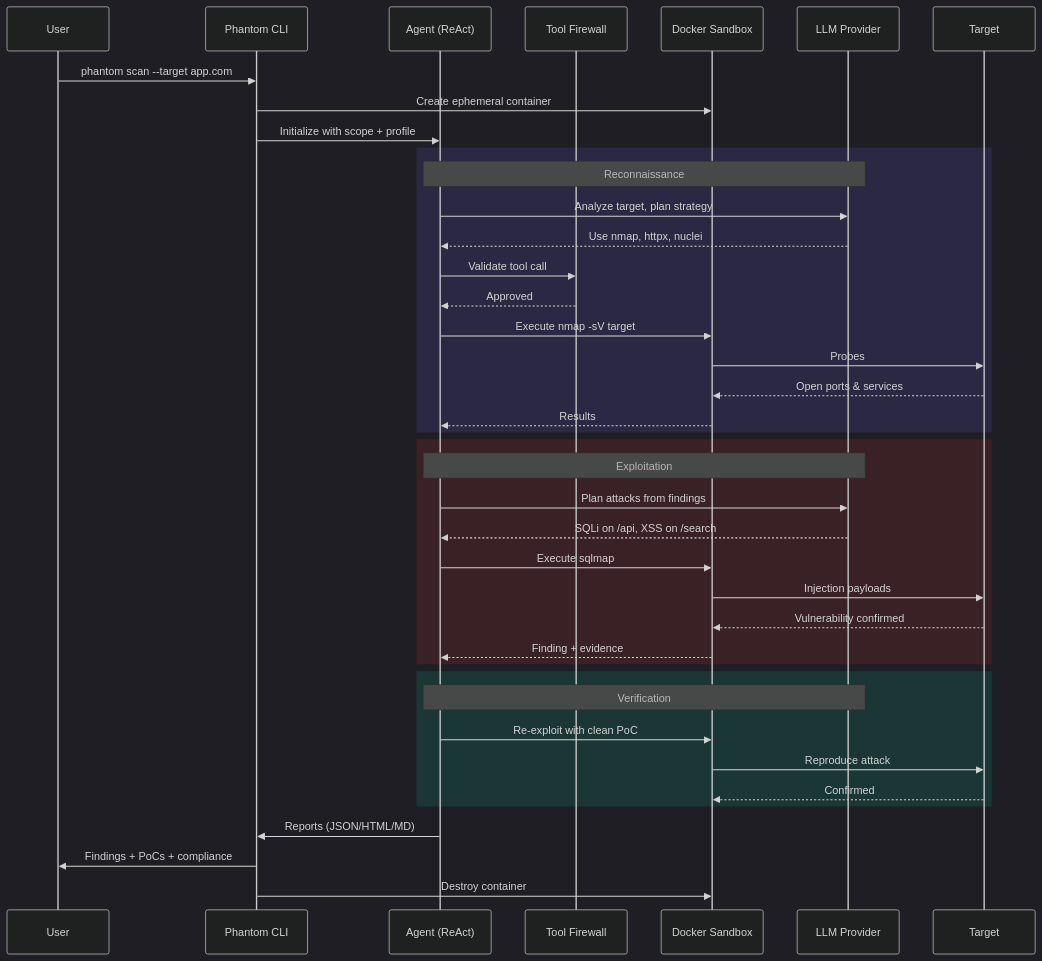
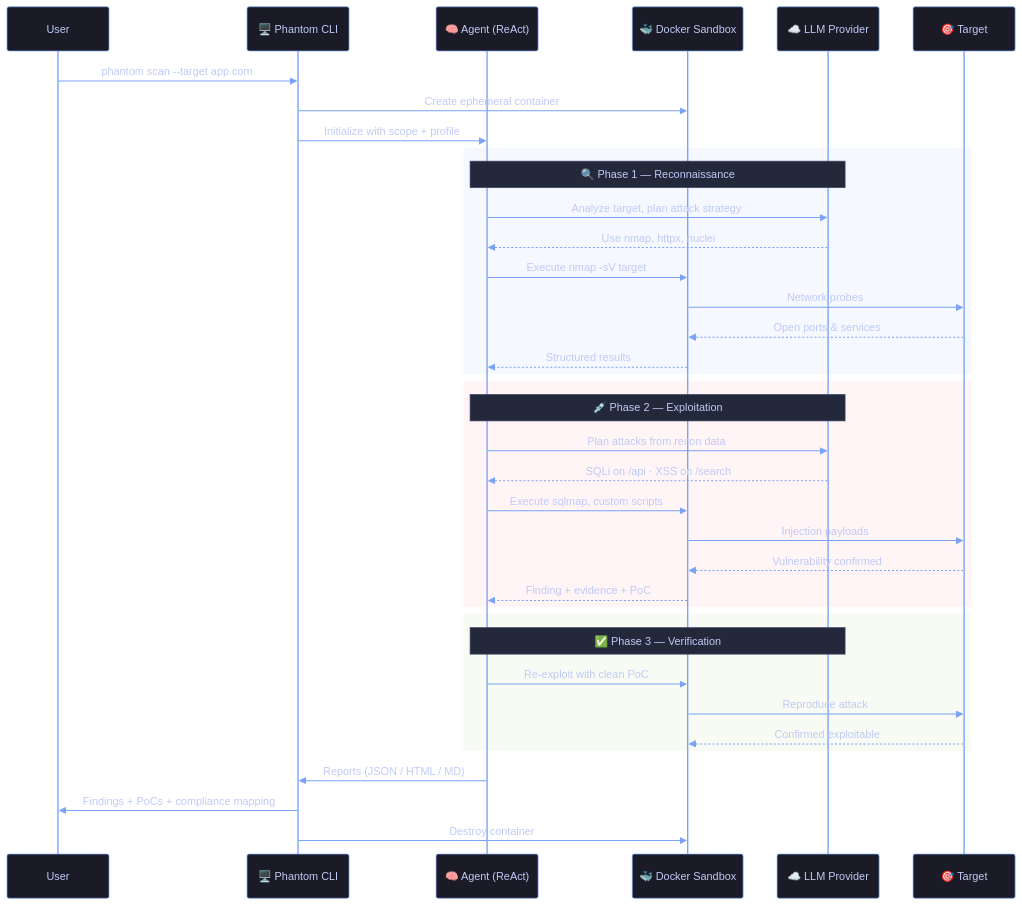
One commit to Usta0x001/Phantom changed the second of 4 diagrams in README.md. Above: the diagram before and after it, drawn with Mermaid. The commit also changed other lines of this file and 3 other files, not shown here.

````diff
--- a/README.md
+++ b/README.md
@@ -133,48 +176,45 @@
 ```mermaid
-%%{init: {'theme': 'dark'}}%%
+%%{init: {'theme': 'base', 'themeVariables': {'primaryColor': '#1a1b27', 'primaryTextColor': '#c0caf5', 'primaryBorderColor': '#414868', 'lineColor': '#7aa2f7', 'secondaryColor': '#24283b', 'tertiaryColor': '#1a1b27', 'fontSize': '13px', 'actorTextColor': '#c0caf5', 'actorBkg': '#1a1b27', 'actorBorder': '#7aa2f7', 'signalColor': '#7aa2f7', 'noteBkgColor': '#24283b', 'noteTextColor': '#c0caf5', 'noteBorderColor': '#414868'}}}%%
 sequenceDiagram
     participant User
-    participant CLI as Phantom CLI
-    participant Agent as Agent (ReAct)
-    participant Firewall as Tool Firewall
-    participant Sandbox as Docker Sandbox
-    participant LLM as LLM Provider
-    participant Target
+    participant CLI as 🖥️ Phantom CLI
+    participant Agent as 🧠 Agent (ReAct)
+    participant Sandbox as 🐳 Docker Sandbox
+    participant LLM as ☁️ LLM Provider
+    participant Target as 🎯 Target
 
     User->>CLI: phantom scan --target app.com
     CLI->>Sandbox: Create ephemeral container
     CLI->>Agent: Initialize with scope + profile
 
-    rect rgba(108, 92, 231, 0.15)
-        Note over Agent,LLM: Reconnaissance
-        Agent->>LLM: Analyze target, plan strategy
+    rect rgba(122, 162, 247, 0.08)
+        Note over Agent,LLM: 🔍 Phase 1 — Reconnaissance
+        Agent->>LLM: Analyze target, plan attack strategy
         LLM-->>Agent: Use nmap, httpx, nuclei
-        Agent->>Firewall: Validate tool call
-        Firewall-->>Agent: Approved
         Agent->>Sandbox: Execute nmap -sV target
-        Sandbox->>Target: Probes
+        Sandbox->>Target: Network probes
         Target-->>Sandbox: Open ports & services
-        Sandbox-->>Agent: Results
+        Sandbox-->>Agent: Structured results
     end
 
-    rect rgba(214, 48, 49, 0.15)
-        Note over Agent,LLM: Exploitation
-        Agent->>LLM: Plan attacks from findings
-        LLM-->>Agent: SQLi on /api, XSS on /search
-        Agent->>Sandbox: Execute sqlmap
+    rect rgba(247, 118, 142, 0.08)
+        Note over Agent,LLM: 💉 Phase 2 — Exploitation
+        Agent->>LLM: Plan attacks from recon data
+        LLM-->>Agent: SQLi on /api · XSS on /search
+        Agent->>Sandbox: Execute sqlmap, custom scripts
         Sandbox->>Target: Injection payloads
         Target-->>Sandbox: Vulnerability confirmed
-        Sandbox-->>Agent: Finding + evidence
+        Sandbox-->>Agent: Finding + evidence + PoC
     end
 
-    rect rgba(0, 184, 148, 0.15)
-        Note over Agent,LLM: Verification
+    rect rgba(158, 206, 106, 0.08)
+        Note over Agent,LLM: ✅ Phase 3 — Verification
         Agent->>Sandbox: Re-exploit with clean PoC
         Sandbox->>Target: Reproduce attack
-        Target-->>Sandbox: Confirmed
+        Target-->>Sandbox: Confirmed exploitable
     end
 
-    Agent->>CLI: Reports (JSON/HTML/MD)
-    CLI->>User: Findings + PoCs + compliance
+    Agent->>CLI: Reports (JSON / HTML / MD)
+    CLI->>User: Findings + PoCs + compliance mapping
     CLI->>Sandbox: Destroy container
 ```
````
